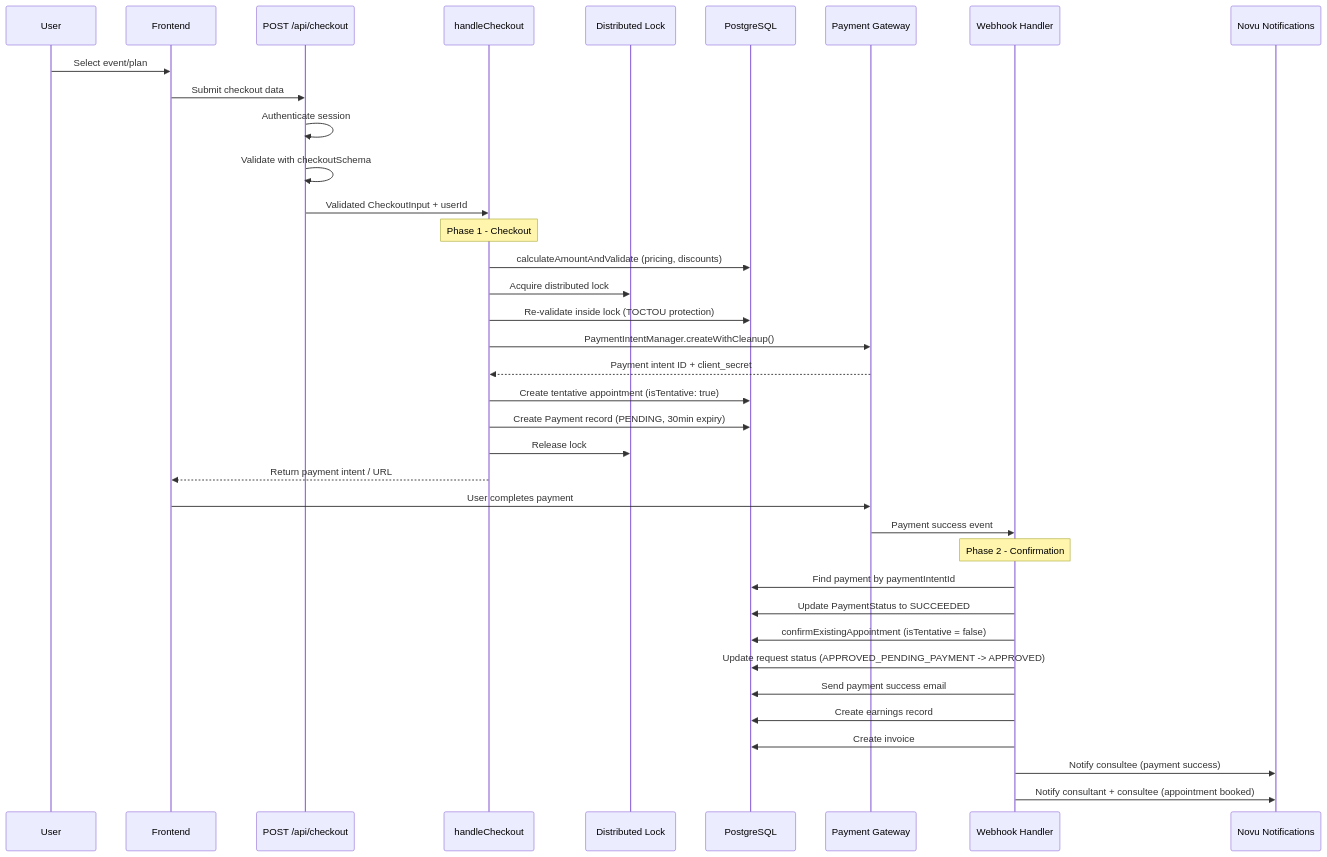
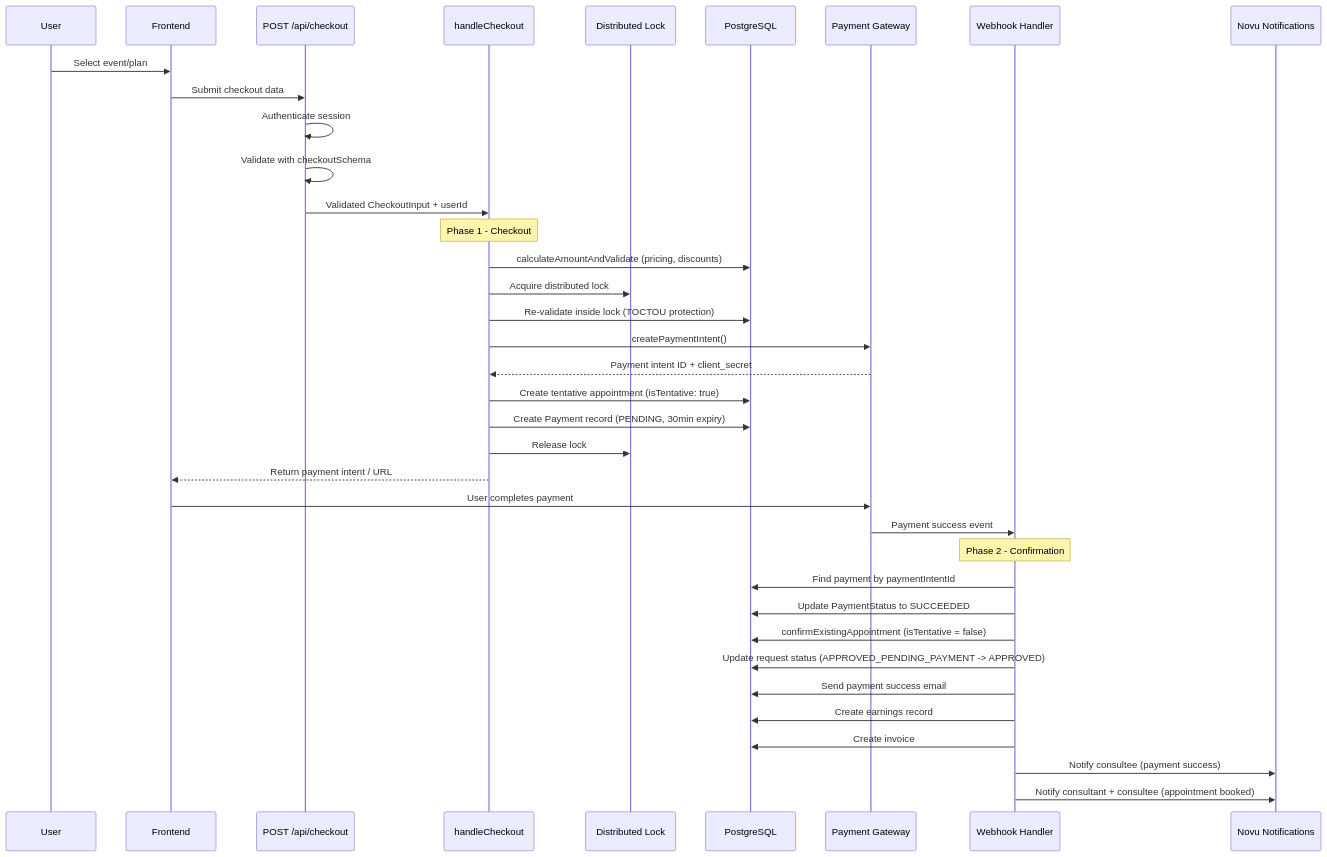
Before and after one commit to Practitionist/familiarise_web: the diagram in docs/booking/10-checkout-payment-integration.md, drawn with Mermaid. The commit also changed other lines of this file and 78 other files, not shown here.

````diff
--- a/docs/booking/10-checkout-payment-integration.md
+++ b/docs/booking/10-checkout-payment-integration.md
@@ -26,43 +28,43 @@
 ```mermaid
 sequenceDiagram
     participant User
     participant Frontend
     participant Route as POST /api/checkout
     participant Checkout as handleCheckout
     participant Redis as Distributed Lock
     participant DB as PostgreSQL
     participant Gateway as Payment Gateway
     participant Webhook as Webhook Handler
     participant Novu as Novu Notifications
 
     User->>Frontend: Select event/plan
     Frontend->>Route: Submit checkout data
     Route->>Route: Authenticate session
     Route->>Route: Validate with checkoutSchema
     Route->>Checkout: Validated CheckoutInput + userId
 
     Note over Checkout: Phase 1 - Checkout
     Checkout->>DB: calculateAmountAndValidate (pricing, discounts)
     Checkout->>Redis: Acquire distributed lock
     Checkout->>DB: Re-validate inside lock (TOCTOU protection)
-    Checkout->>Gateway: PaymentIntentManager.createWithCleanup()
+    Checkout->>Gateway: createPaymentIntent()
     Gateway-->>Checkout: Payment intent ID + client_secret
     Checkout->>DB: Create tentative appointment (isTentative: true)
     Checkout->>DB: Create Payment record (PENDING, 30min expiry)
     Checkout->>Redis: Release lock
     Checkout-->>Frontend: Return payment intent / URL
 
     Frontend->>Gateway: User completes payment
     Gateway->>Webhook: Payment success event
 
     Note over Webhook: Phase 2 - Confirmation
     Webhook->>DB: Find payment by paymentIntentId
     Webhook->>DB: Update PaymentStatus to SUCCEEDED
     Webhook->>DB: confirmExistingAppointment (isTentative = false)
     Webhook->>DB: Update request status (APPROVED_PENDING_PAYMENT -> APPROVED)
     Webhook->>DB: Send payment success email
     Webhook->>DB: Create earnings record
     Webhook->>DB: Create invoice
     Webhook->>Novu: Notify consultee (payment success)
     Webhook->>Novu: Notify consultant + consultee (appointment booked)
 ```
````
